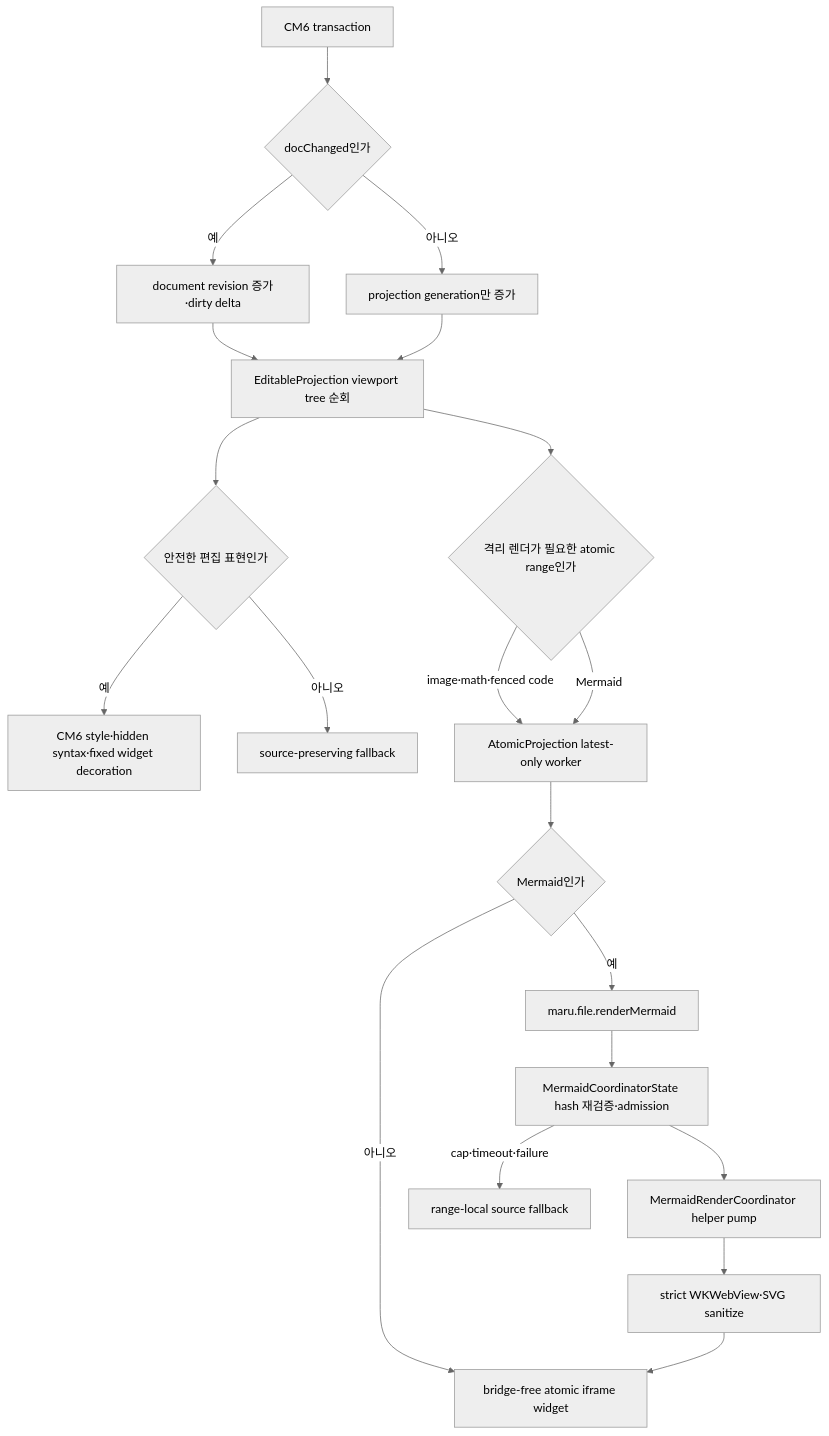
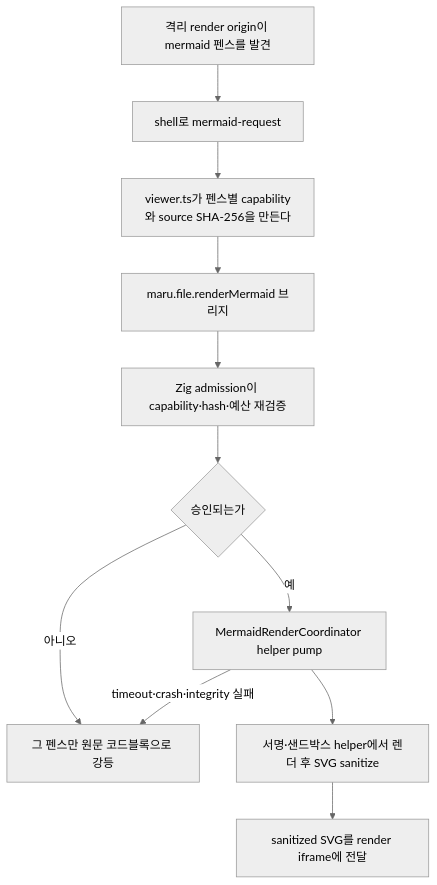
One commit to ohah/maru changed the diagram in docs/file-panel.md. Above: the diagram before and after it, drawn with Mermaid (neutral theme). The commit also changed other lines of this file and 5 other files, not shown here.

````diff
--- a/docs/file-panel.md
+++ b/docs/file-panel.md
@@ -145,22 +146,13 @@
 ```mermaid
 flowchart TD
-    A["CM6 transaction"] --> B{"docChanged인가"}
-    B -->|예| C["document revision 증가·dirty delta"]
-    B -->|아니오| D["projection generation만 증가"]
-    C --> E["EditableProjection viewport tree 순회"]
-    D --> E
-    E --> F{"안전한 편집 표현인가"}
-    F -->|예| G["CM6 style·hidden syntax·fixed widget decoration"]
-    F -->|아니오| H["source-preserving fallback"]
-    E --> I{"격리 렌더가 필요한 atomic range인가"}
-    I -->|image·math·fenced code| J["AtomicProjection latest-only worker"]
-    I -->|Mermaid| J
-    J --> K{"Mermaid인가"}
-    K -->|아니오| L["bridge-free atomic iframe widget"]
-    K -->|예| M["maru.file.renderMermaid"]
-    M --> N["MermaidCoordinatorState hash 재검증·admission"]
-    N --> O["MermaidRenderCoordinator helper pump"]
-    O --> P["strict WKWebView·SVG sanitize"]
-    P --> L
-    N -->|cap·timeout·failure| Q["range-local source fallback"]
+    A["격리 render origin이 mermaid 펜스를 발견"] --> B["shell로 mermaid-request"]
+    B --> C["viewer.ts가 펜스별 capability와 source SHA-256을 만든다"]
+    C --> D["maru.file.renderMermaid 브리지"]
+    D --> E["Zig admission이 capability·hash·예산 재검증"]
+    E --> F{"승인되는가"}
+    F -->|아니오| G["그 펜스만 원문 코드블록으로 강등"]
+    F -->|예| H["MermaidRenderCoordinator helper pump"]
+    H --> I["서명·샌드박스 helper에서 렌더 후 SVG sanitize"]
+    I --> J["sanitized SVG를 render iframe에 전달"]
+    H -->|timeout·crash·integrity 실패| G
 ```
````
